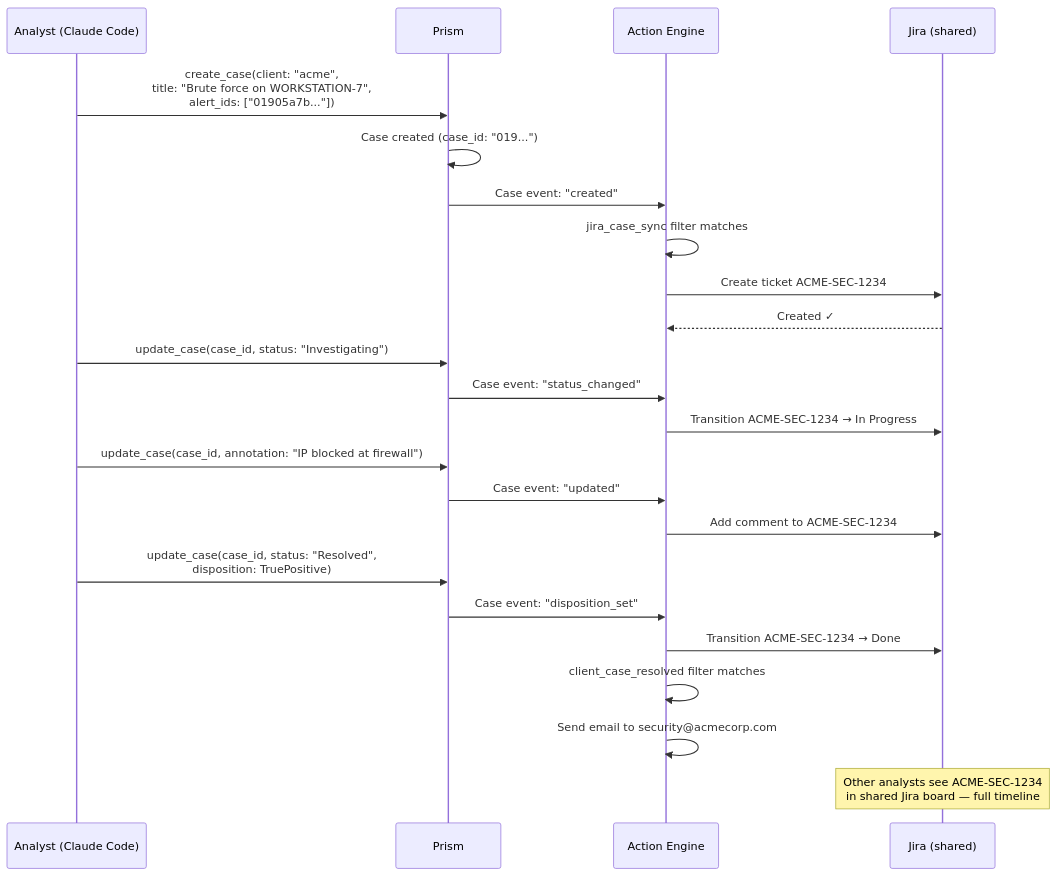
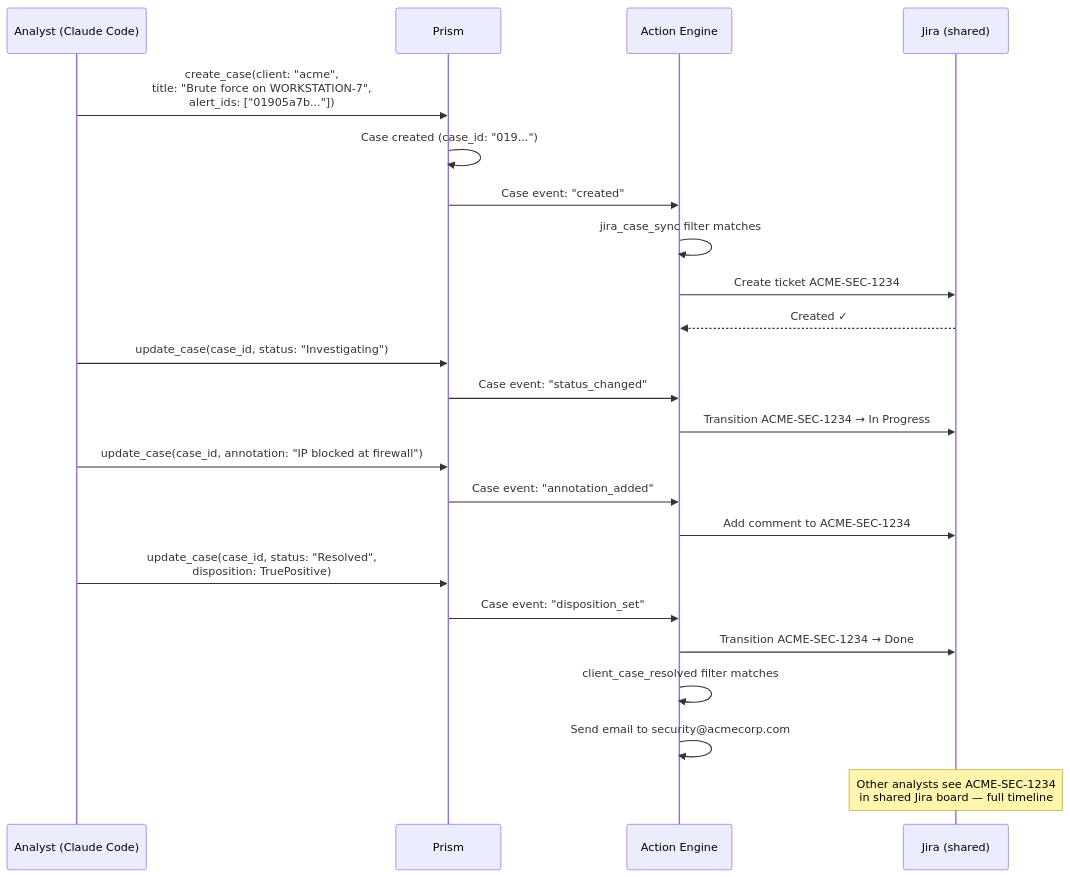
The third of 3 diagrams in specs/architecture/actions.md (drbothen/prism), drawn with Mermaid before and after one commit. The commit also changed other lines of this file and 9 other files, not shown here.

````diff
--- a/specs/architecture/actions.md
+++ b/specs/architecture/actions.md
@@ -425,30 +428,30 @@
 ```mermaid
 sequenceDiagram
     participant AI as Analyst (Claude Code)
     participant P as Prism
     participant ACT as Action Engine
     participant JIRA as Jira (shared)
 
     AI->>P: create_case(client: "acme",<br/>title: "Brute force on WORKSTATION-7",<br/>alert_ids: ["01905a7b..."])
     P->>P: Case created (case_id: "019...")
     P->>ACT: Case event: "created"
     ACT->>ACT: jira_case_sync filter matches
     ACT->>JIRA: Create ticket ACME-SEC-1234
     JIRA-->>ACT: Created ✓
 
     AI->>P: update_case(case_id, status: "Investigating")
     P->>ACT: Case event: "status_changed"
     ACT->>JIRA: Transition ACME-SEC-1234 → In Progress
 
     AI->>P: update_case(case_id, annotation: "IP blocked at firewall")
-    P->>ACT: Case event: "updated"
+    P->>ACT: Case event: "annotation_added"
     ACT->>JIRA: Add comment to ACME-SEC-1234
 
     AI->>P: update_case(case_id, status: "Resolved",<br/>disposition: TruePositive)
     P->>ACT: Case event: "disposition_set"
     ACT->>JIRA: Transition ACME-SEC-1234 → Done
     ACT->>ACT: client_case_resolved filter matches
     ACT->>ACT: Send email to security@acmecorp.com
 
     Note over JIRA: Other analysts see ACME-SEC-1234<br/>in shared Jira board — full timeline
 ```
````
